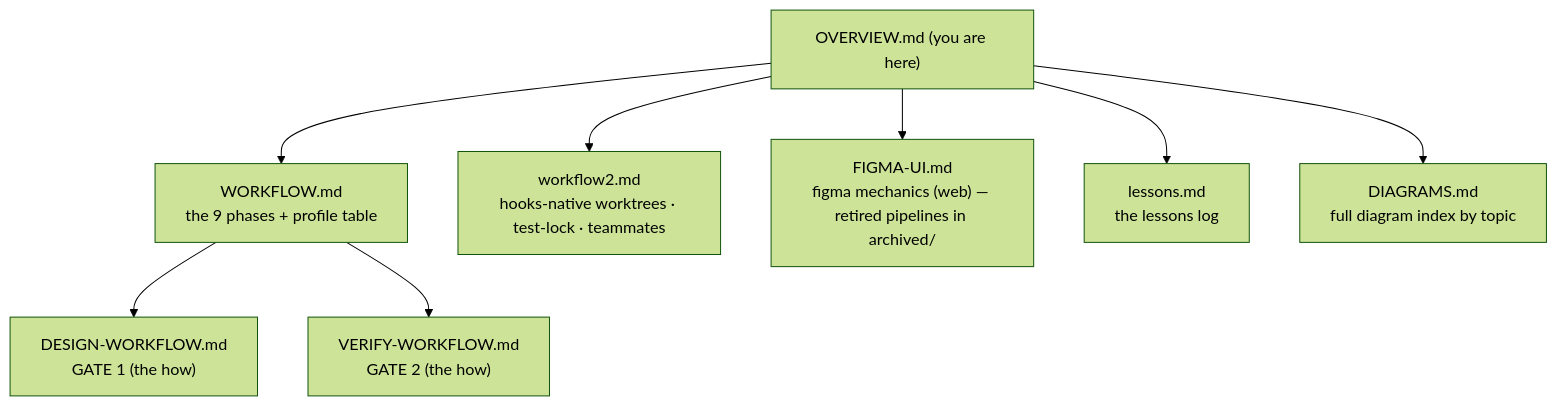
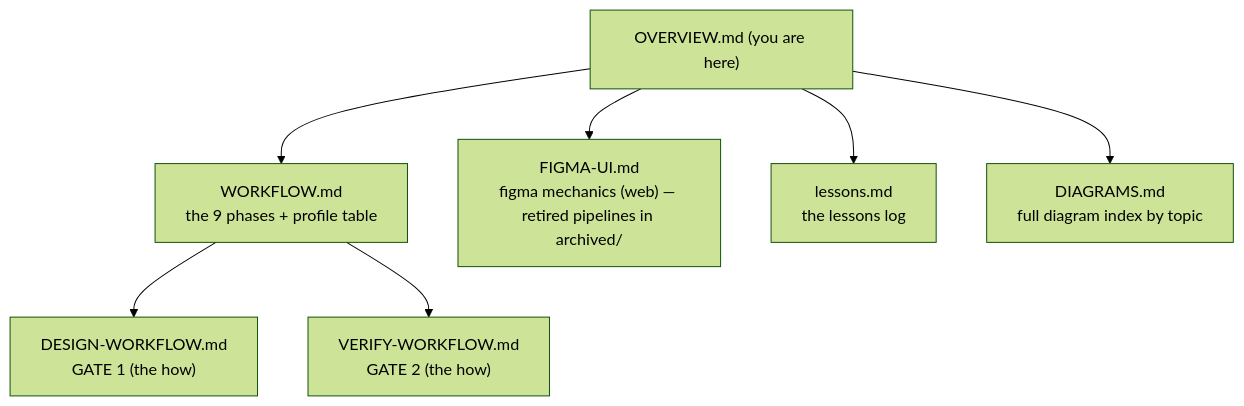
Before and after one commit to HenriGeorge/Yannick: diagram 15 of 15 in docs/OVERVIEW.md, drawn with Mermaid (forest theme). The commit also changed other lines of this file and 10 other files, not shown here.

````diff
--- a/docs/OVERVIEW.md
+++ b/docs/OVERVIEW.md
@@ -309,11 +309,10 @@
 ```mermaid
 flowchart TD
     O["OVERVIEW.md (you are here)"]
     O --> WF["WORKFLOW.md<br/>the 9 phases + profile table"]
     WF --> DW["DESIGN-WORKFLOW.md<br/>GATE 1 (the how)"]
     WF --> VW["VERIFY-WORKFLOW.md<br/>GATE 2 (the how)"]
-    O --> CW["workflow2.md<br/>hooks-native worktrees · test-lock · teammates"]
     O --> FU["FIGMA-UI.md<br/>figma mechanics (web) — retired pipelines in archived/"]
     O --> LL["lessons.md<br/>the lessons log"]
     O --> DG["DIAGRAMS.md<br/>full diagram index by topic"]
 ```
````
